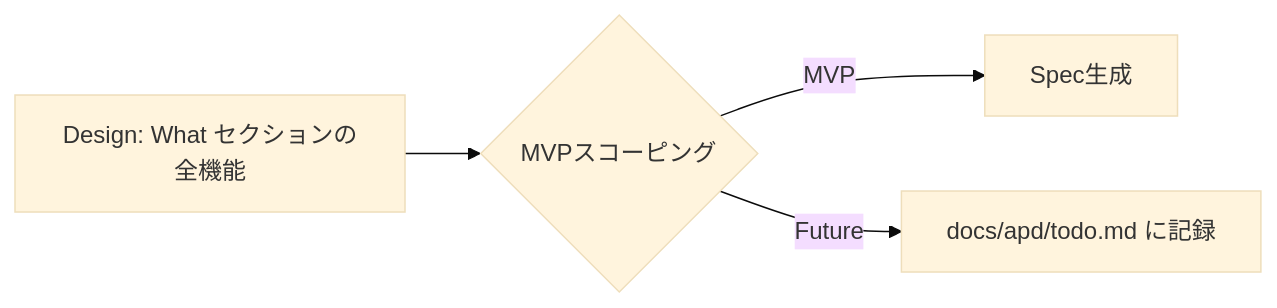
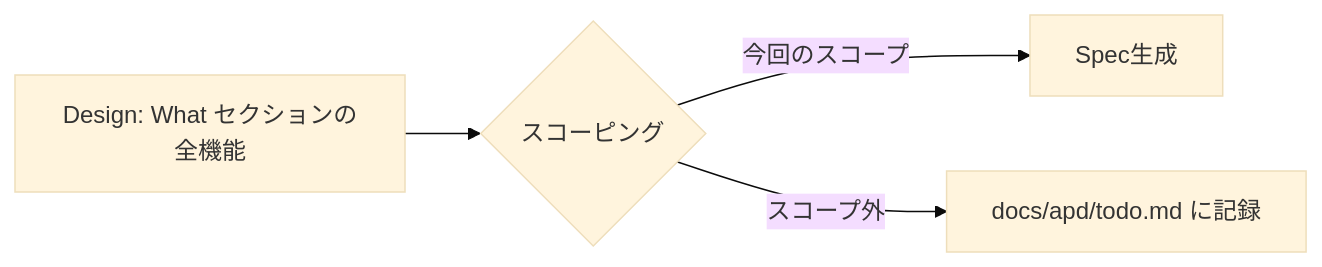
One commit to koyakimu/autopilot-development-boilerplate changed the fourth of 7 diagrams in APD-FRAMEWORK.md. Above: the diagram before and after it, drawn with Mermaid (base theme). The commit also changed other lines of this file and 34 other files, not shown here.

````diff
--- a/APD-FRAMEWORK.md
+++ b/APD-FRAMEWORK.md
@@ -177,6 +170,6 @@
 ```mermaid
 graph LR
-    A["Design: What セクションの全機能"] --> B{MVPスコーピング}
-    B -->|MVP| C["Spec生成"]
-    B -->|Future| D["docs/apd/todo.md に記録"]
+    A["Design: What セクションの全機能"] --> B{スコーピング}
+    B -->|今回のスコープ| C["Spec生成"]
+    B -->|スコープ外| D["docs/apd/todo.md に記録"]
 ```
````
